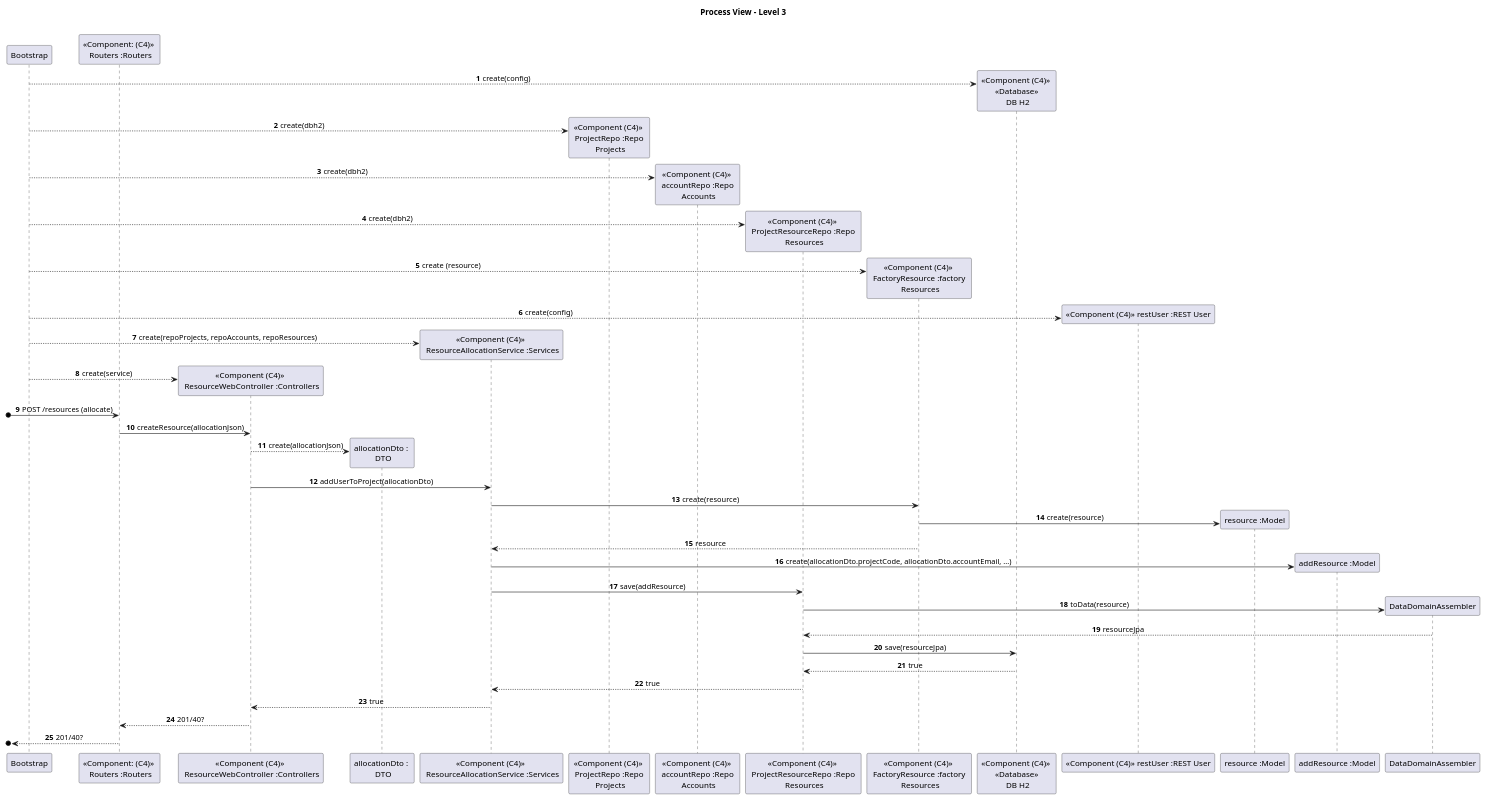
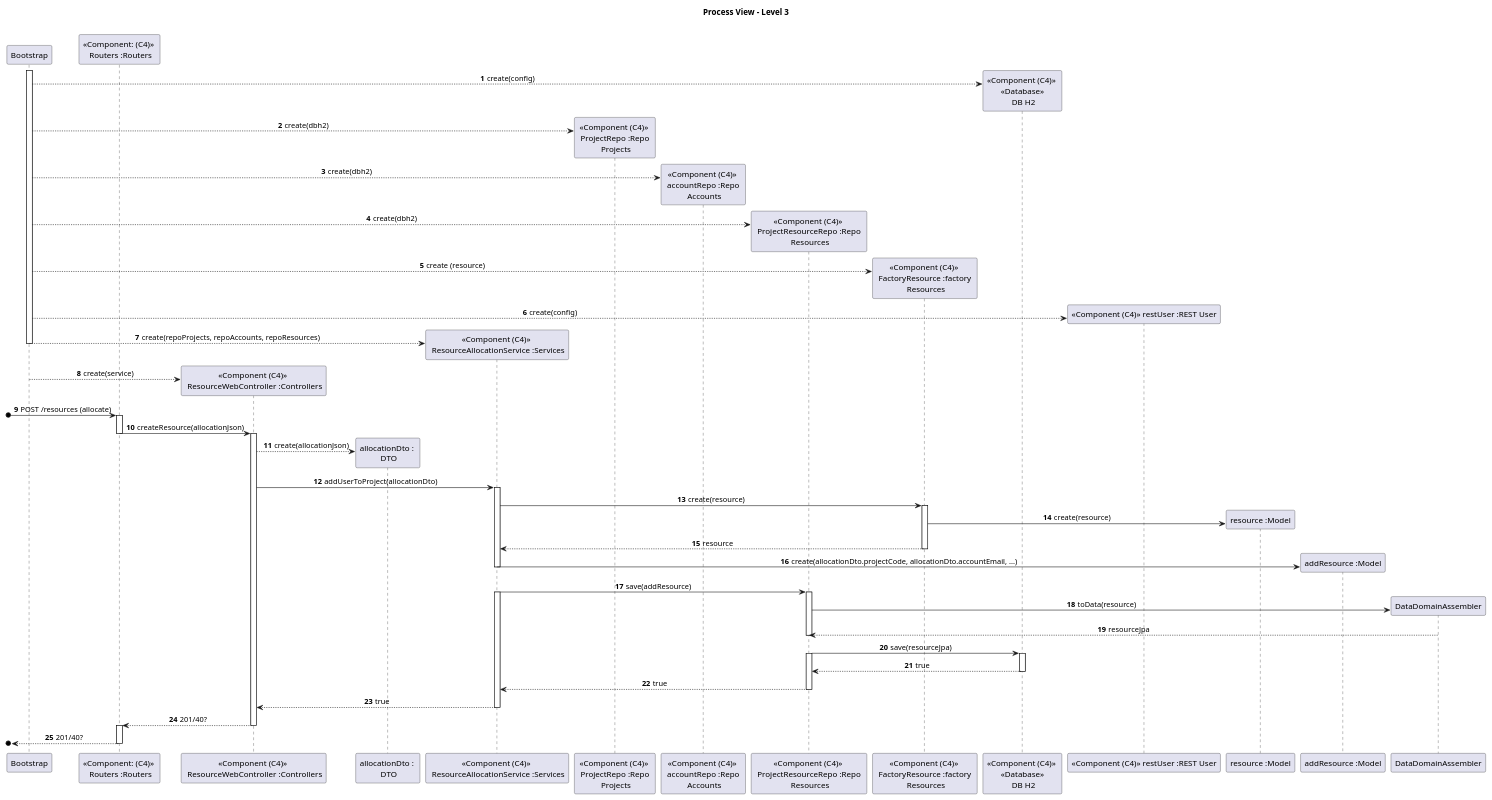
One commit to Loracline/project_switch_22-23 changed the third of 3 diagrams in docs/architectural_design_model/process_view.puml. Above: the diagram before and after it, drawn with PlantUML.

Commit message:
NO US : Update of architectural diagram process_view.puml references #675

```diff
--- a/docs/architectural_design_model/process_view.puml
+++ b/docs/architectural_design_model/process_view.puml
@@ -51,60 +51,78 @@
 @startuml
 skinparam sequenceMessageAlign center
 title Process View - Level 3
 
 autonumber
 
 participant Bootstrap as boot
 participant "<<Component: (C4)>> \n Routers :Routers" as router
 participant "<<Component (C4)>> \n ResourceWebController :Controllers" as controller
 participant "allocationDto : \n DTO" as dto
 participant "<<Component (C4)>> \n ResourceAllocationService :Services" as service
 participant "<<Component (C4)>> \n ProjectRepo :Repo \n Projects" as repop
 participant "<<Component (C4)>> \n accountRepo :Repo \n Accounts" as repoa
 participant "<<Component (C4)>> \n ProjectResourceRepo :Repo \n Resources" as repor
 participant "<<Component (C4)>> \n FactoryResource :factory \n Resources" as factory
 participant "<<Component (C4)>> \n <<Database>> \n DB H2" as db
 participant "<<Component (C4)>> restUser :REST User" as api
 participant "resource :Model" as rmodel
 participant "addResource :Model" as addmodel
 participant "DataDomainAssembler" as assembler
-
+activate boot
 create db
 boot --> db: create(config)
 create repop
 boot --> repop: create(dbh2)
 create repoa
 boot --> repoa: create(dbh2)
 create repor
 boot --> repor: create(dbh2)
 create factory
 boot --> factory: create (resource)
 create api
 boot --> api: create(config)
 create service
 boot --> service: create(repoProjects, repoAccounts, repoResources)
+deactivate boot
 create controller
 boot --> controller: create(service)
 [o-> router: POST /resources (allocate)
+activate router
 router -> controller: createResource(allocationJson)
+deactivate router
 create dto
+activate controller
 controller --> dto: create(allocationJson)
 controller -> service: addUserToProject(allocationDto)
+activate service
 service -> factory: create(resource)
+activate factory
 create rmodel
 factory -> rmodel: create(resource)
 factory --> service: resource
+deactivate factory
 create addmodel
 service -> addmodel: create(allocationDto.projectCode, allocationDto.accountEmail, ...)
+deactivate service
 service -> repor: save(addResource)
+activate repor
+activate service
 create assembler
 repor -> assembler: toData(resource)
 assembler --> repor: resourceJpa
+deactivate repor
 repor -> db: save(resourceJpa)
+activate db
+activate repor
 db --> repor: true
+deactivate db
 repor --> service: true
+deactivate repor
 service --> controller: true
+deactivate service
 controller --> router: 201/40?
+deactivate controller
+activate router
 [o<-- router : 201/40?
-
+deactivate router
 @enduml
```
